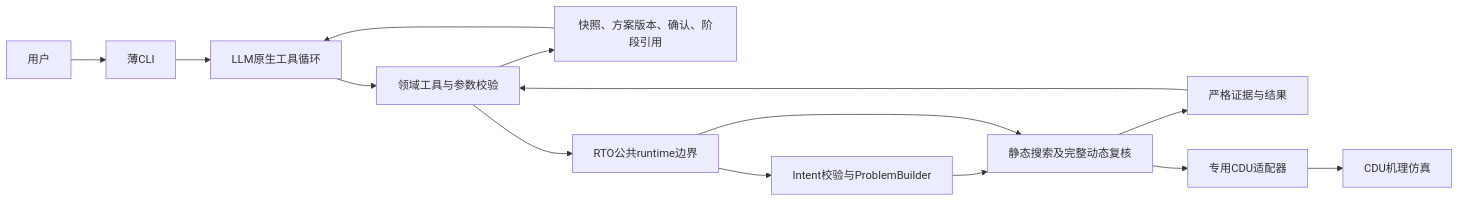
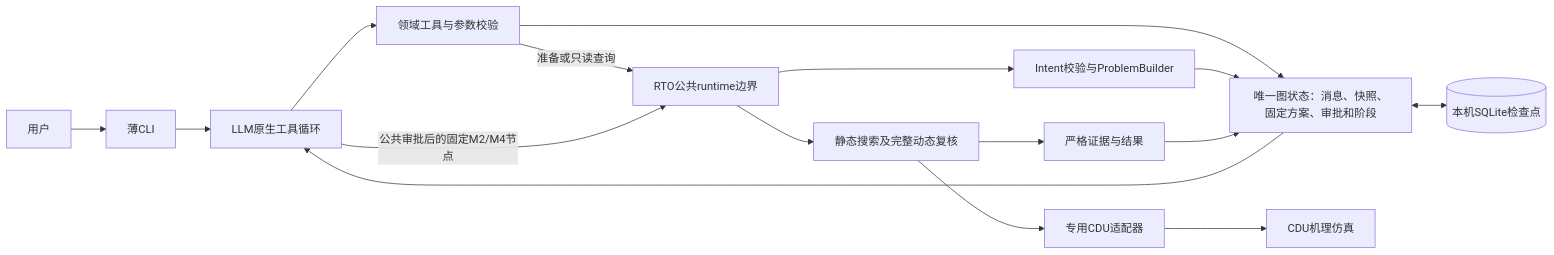
One commit to lvguima/petroleum_rto_agent changed the diagram in docs/architecture/01_项目目录与模块边界.md. Above: the diagram before and after it, drawn with Mermaid. The commit also changed other lines of this file and 57 other files, not shown here.

````diff
--- a/docs/architecture/01_项目目录与模块边界.md
+++ b/docs/architecture/01_项目目录与模块边界.md
@@ -11,18 +11,20 @@
 ```mermaid
 flowchart LR
     accTitle: 原生工具Agent与RTO依赖方向
     accDescr: 自然语言经模型选择标准工具，程序维护快照方案和确认；RTO通过专用适配器调用CDU。
     user["用户"] --> cli["薄CLI"]
     cli --> agent["LLM原生工具循环"]
     agent --> tools["领域工具与参数校验"]
-    tools --> state["快照、方案版本、确认、阶段引用"]
+    tools --> state["唯一图状态：消息、快照、固定方案、审批和阶段"]
     state --> agent
-    tools --> runtime["RTO公共runtime边界"]
+    state <--> checkpoint[("本机SQLite检查点")]
+    tools -->|准备或只读查询| runtime["RTO公共runtime边界"]
+    agent -->|公共审批后的固定M2/M4节点| runtime
     runtime --> prepare["Intent校验与ProblemBuilder"]
-    prepare --> workflow["静态搜索及完整动态复核"]
-    runtime --> workflow
+    prepare --> state
+    runtime --> workflow["静态搜索及完整动态复核"]
     workflow --> evidence["严格证据与结果"]
-    evidence --> tools
+    evidence --> state
     workflow --> adapter["专用CDU适配器"]
     adapter --> cdu["CDU机理仿真"]
 ```
````
